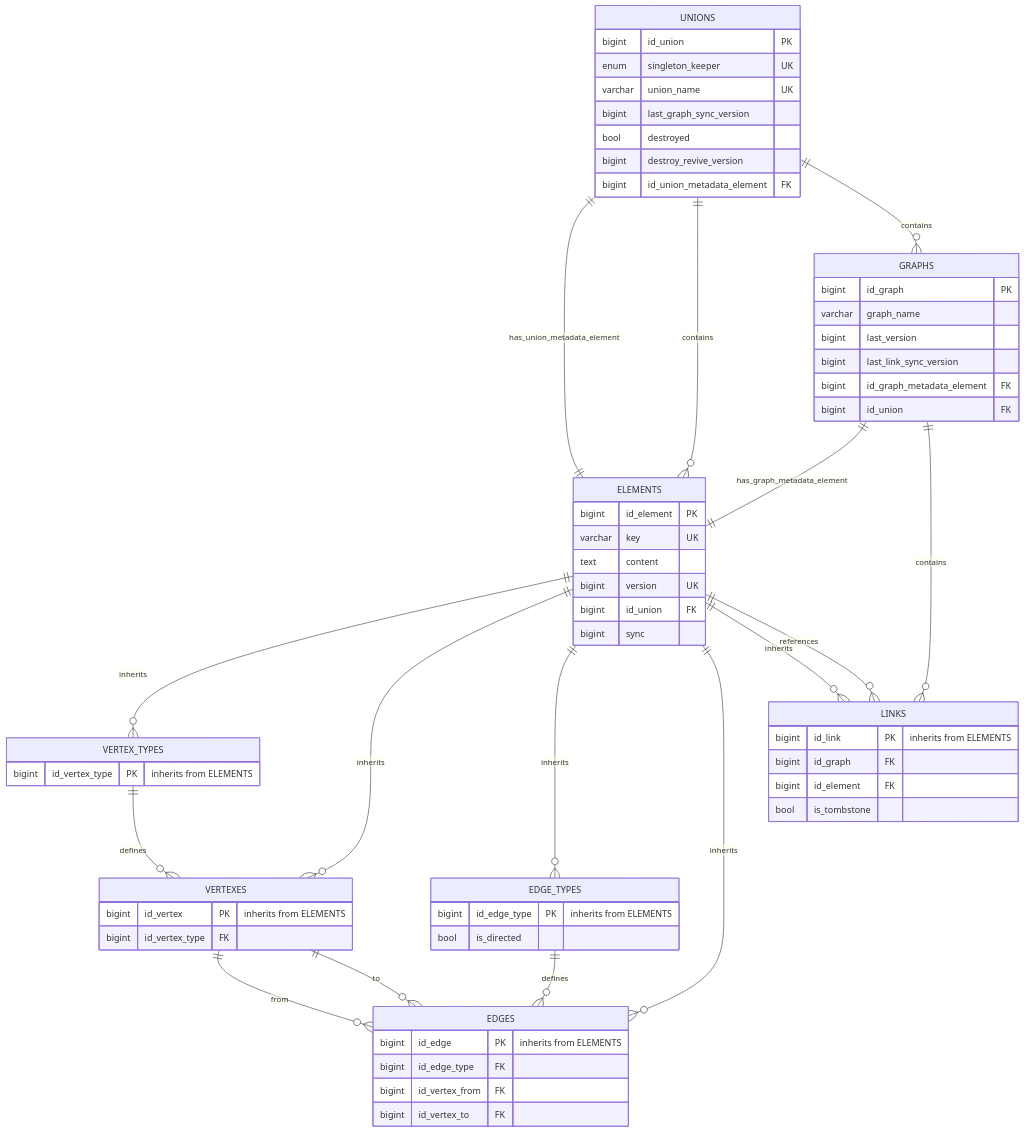
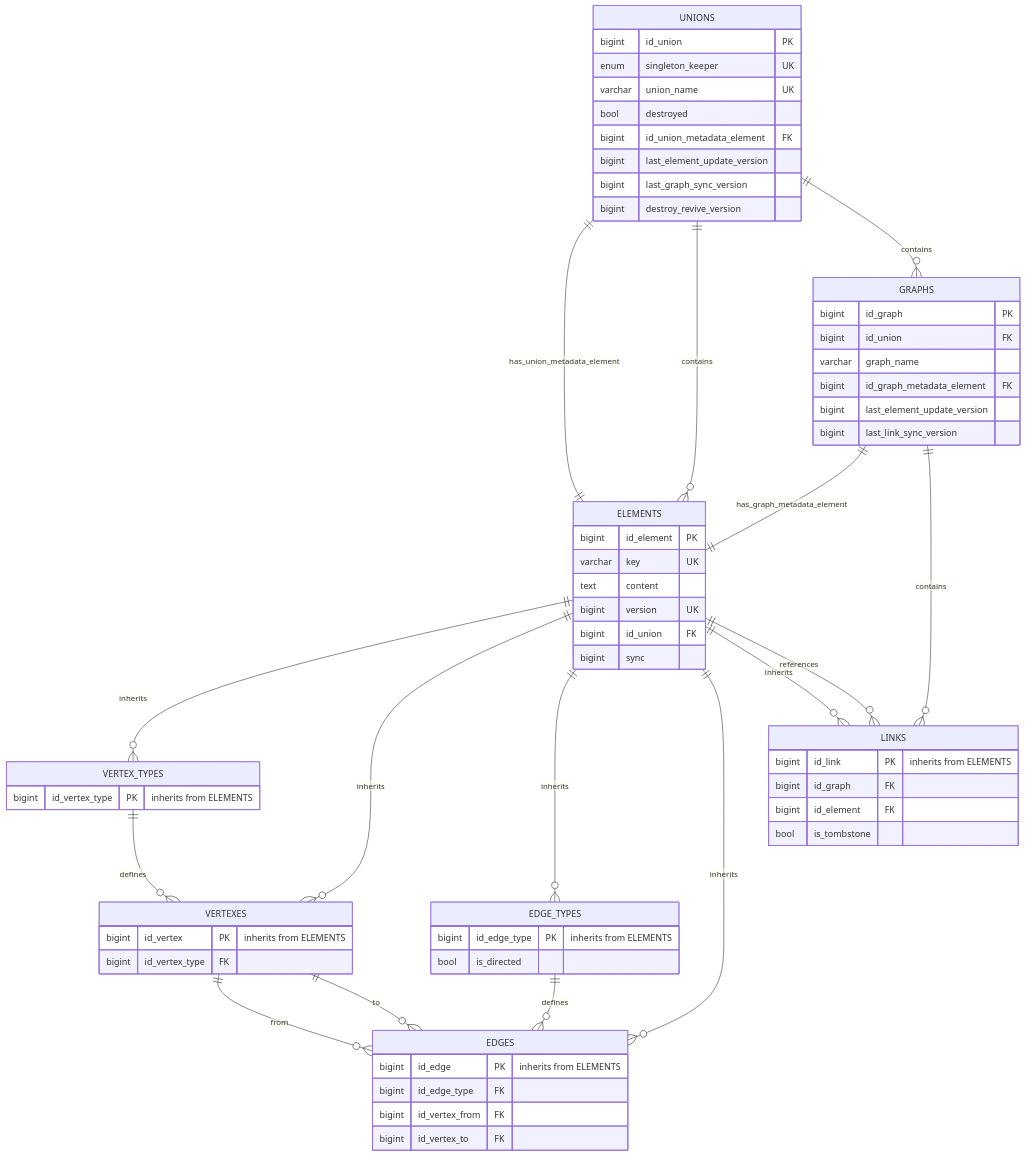
Before and after one commit to flower-org/ViUn: the diagram in ViUn source DB (legacy).md, drawn with Mermaid.

Commit message:
Update ViUn source DB (legacy).md

````diff
--- a/ViUn source DB (legacy).md
+++ b/ViUn source DB (legacy).md
@@ -5,73 +5,74 @@
 ```mermaid
 erDiagram
     UNIONS ||--|| ELEMENTS : "has_union_metadata_element"
     UNIONS ||--o{ ELEMENTS : contains
     UNIONS ||--o{ GRAPHS : contains
     UNIONS {
         bigint id_union PK
         enum singleton_keeper UK
         varchar union_name UK
+        bool destroyed
+        bigint id_union_metadata_element FK
+        bigint last_element_update_version
         bigint last_graph_sync_version
-        bool destroyed
         bigint destroy_revive_version
-        bigint id_union_metadata_element FK
     }
 
     ELEMENTS ||--o{ VERTEX_TYPES : "inherits"
     ELEMENTS ||--o{ VERTEXES : "inherits"
     ELEMENTS ||--o{ EDGE_TYPES : "inherits"
     ELEMENTS ||--o{ EDGES : "inherits"
     ELEMENTS ||--o{ LINKS : "inherits"
     ELEMENTS ||--o{ LINKS : references
     ELEMENTS {
         bigint id_element PK
         varchar key UK
         text content
         bigint version UK
         bigint id_union FK
         bigint sync
     }
 
     VERTEX_TYPES ||--o{ VERTEXES : "defines"
     VERTEX_TYPES {
         bigint id_vertex_type PK "inherits from ELEMENTS"
     }
 
     VERTEXES ||--o{ EDGES : "from"
     VERTEXES ||--o{ EDGES : "to"
     VERTEXES {
         bigint id_vertex PK "inherits from ELEMENTS"
         bigint id_vertex_type FK
     }
 
     EDGE_TYPES {
         bigint id_edge_type PK "inherits from ELEMENTS"
         bool is_directed
     }
 
     EDGE_TYPES ||--o{ EDGES : "defines"
     EDGES {
         bigint id_edge PK "inherits from ELEMENTS"
         bigint id_edge_type FK
         bigint id_vertex_from FK
         bigint id_vertex_to FK
     }
 
     GRAPHS ||--|| ELEMENTS : "has_graph_metadata_element"
     GRAPHS ||--o{ LINKS : contains
     GRAPHS {
         bigint id_graph PK
+        bigint id_union FK
         varchar graph_name
-        bigint last_version
+        bigint id_graph_metadata_element FK
+        bigint last_element_update_version
         bigint last_link_sync_version
-        bigint id_graph_metadata_element FK
-        bigint id_union FK
     }
 
     LINKS {
         bigint id_link PK "inherits from ELEMENTS"
         bigint id_graph FK
         bigint id_element FK
         bool is_tombstone
     }
 ```
````
